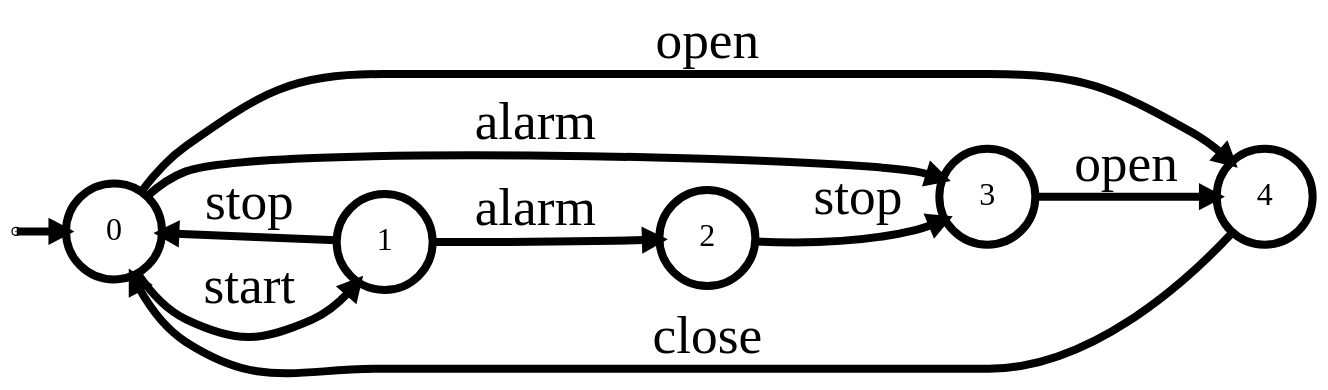
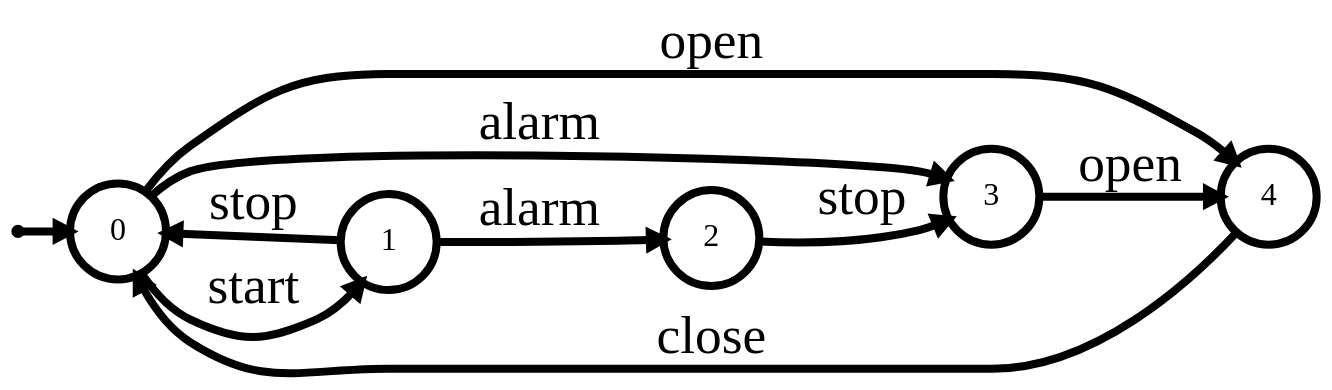
The diagram in writing/src/4-inductive/images/controller.dot (blambeau/phd), drawn with Graphviz before and after one commit. The commit also changed 26 other files, not shown here.

```diff
--- a/writing/src/4-inductive/images/controller.dot
+++ b/writing/src/4-inductive/images/controller.dot
@@ -1,20 +1,20 @@
 digraph G {
     graph [pack="true" rankdir="LR" margin="0"];
     node [fontsize=24 penwidth=6 shape="circle" style="filled" height="1.0" width="1.0" fixedsize="true" fillcolor="white"];
     edge [fontsize=40 penwidth=6]
-    zz [height="0" width="0" fixedsize="true" label="" fillcolor="black"];
+    zz [height="0.05" width="0.05" fixedsize="true" label="" fillcolor="black"];
     0 [label="0"]
     1 [label="1"]
     4 [label="4"]
     2 [label="2"]
     3 [label="3"]
     zz -> 0 [label=""];
     0 -> 1 [label="start"]
     1 -> 0 [label="stop"]
     0 -> 4 [label="open"]
     1 -> 2 [label="alarm"]
     2 -> 3 [label="stop"]
     0 -> 3 [label="alarm"]
     3 -> 4 [label="open"]
     4 -> 0 [label="close"]
 }
```
